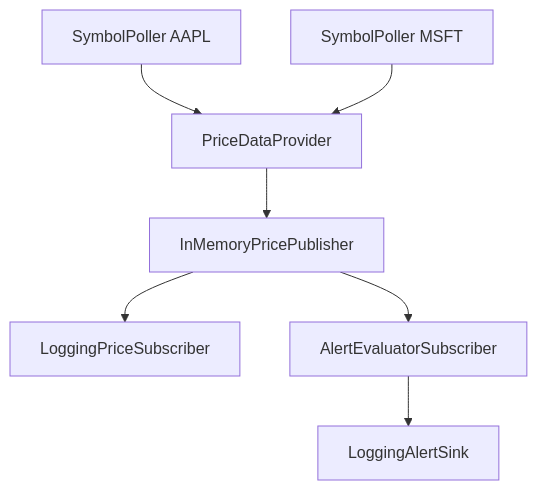
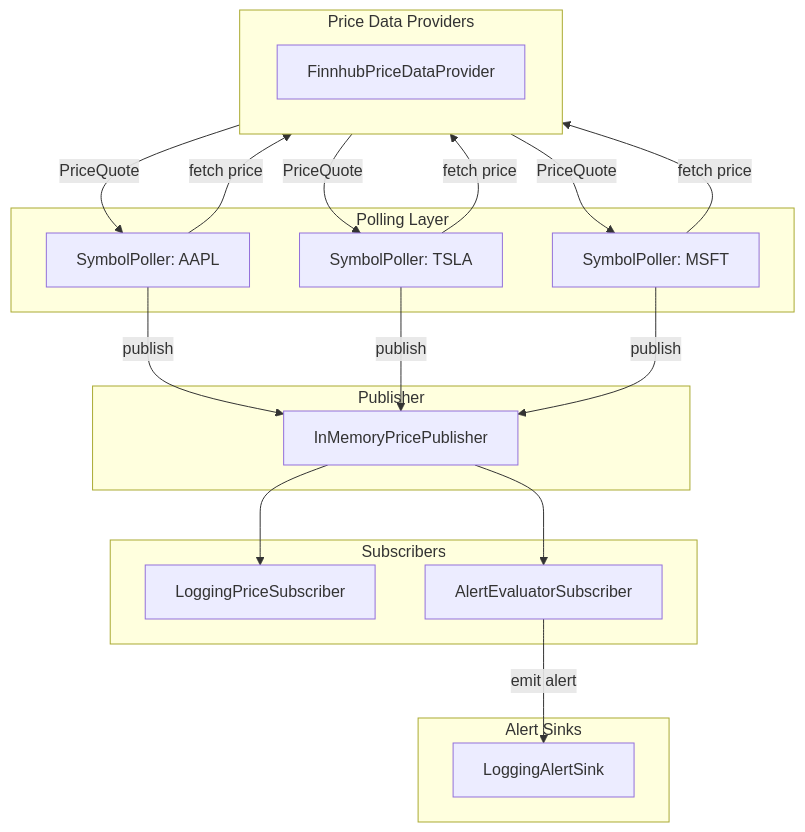
The diagram in README.md (Salem-Ismail/Stock-Price-Monitoring-and-Alert-Engine), drawn with Mermaid before and after one commit.

````diff
--- a/README.md
+++ b/README.md
@@ -17,9 +17,45 @@
 ```mermaid
 flowchart TD
-  PollerAAPL[SymbolPoller AAPL] --> Provider[PriceDataProvider]
-  PollerMSFT[SymbolPoller MSFT] --> Provider
-  Provider --> Publisher[InMemoryPricePublisher]
-  Publisher --> LogSub[LoggingPriceSubscriber]
-  Publisher --> Eval[AlertEvaluatorSubscriber]
-  Eval --> Sink[LoggingAlertSink]
+
+    subgraph PollingLayer[Polling Layer]
+        SP1[SymbolPoller: AAPL]
+        SP2[SymbolPoller: TSLA]
+        SP3[SymbolPoller: MSFT]
+    end
+
+    subgraph ProviderLayer[Price Data Providers]
+
+        Finnhub[FinnhubPriceDataProvider]
+    end
+
+    subgraph PublisherLayer[Publisher]
+        Pub[InMemoryPricePublisher]
+    end
+
+    subgraph Subscribers[Subscribers]
+        LogSub[LoggingPriceSubscriber]
+        AlertSub[AlertEvaluatorSubscriber]
+    end
+
+    subgraph Alerting[Alert Sinks]
+        LogSink[LoggingAlertSink]
+    end
+
+    %% Connections
+    SP1 -->|fetch price| ProviderLayer
+    SP2 -->|fetch price| ProviderLayer
+    SP3 -->|fetch price| ProviderLayer
+
+    ProviderLayer -->|PriceQuote| SP1
+    ProviderLayer -->|PriceQuote| SP2
+    ProviderLayer -->|PriceQuote| SP3
+
+    SP1 -->|publish| Pub
+    SP2 -->|publish| Pub
+    SP3 -->|publish| Pub
+
+    Pub --> LogSub
+    Pub --> AlertSub
+
+    AlertSub -->|emit alert| LogSink
 ```
````
